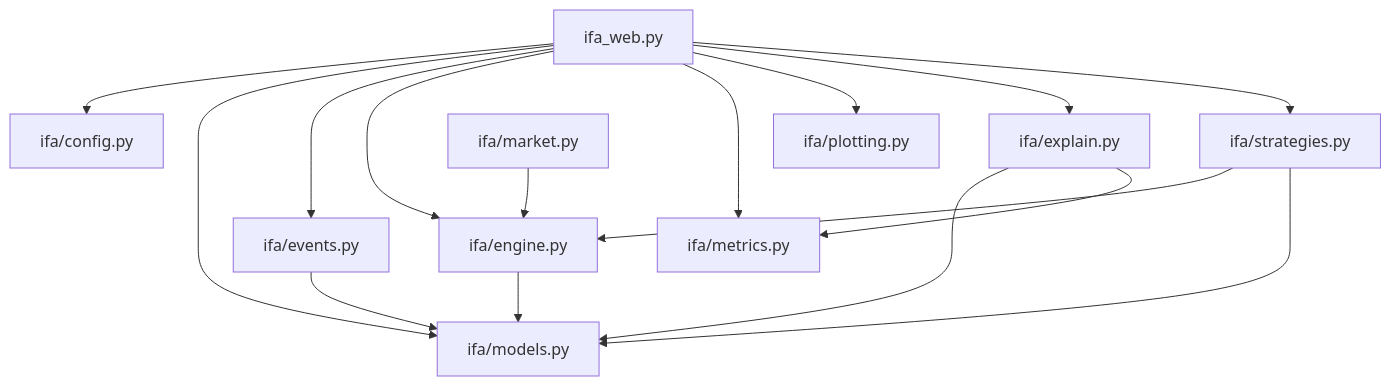
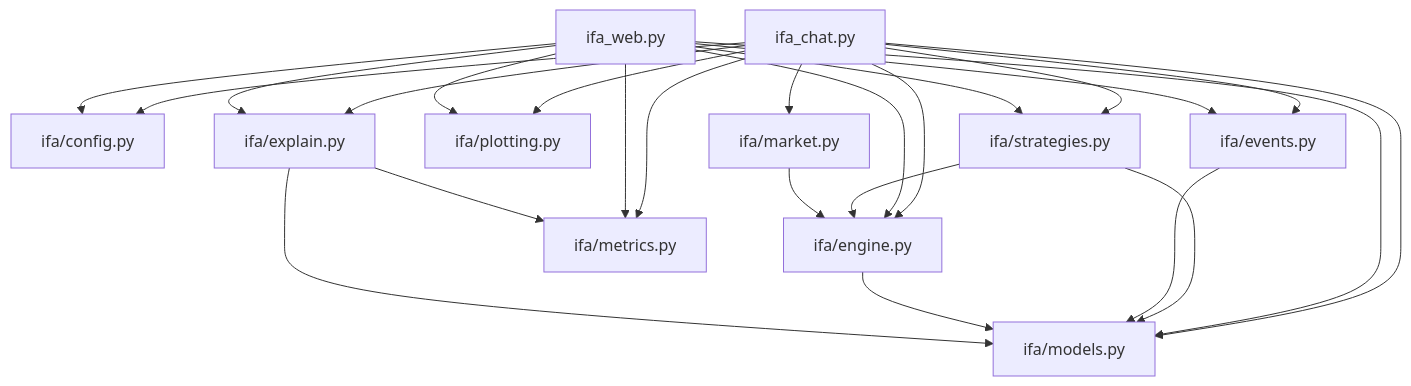
One commit to bumface11/ifa changed the second of 2 diagrams in ARCHITECTURE.md. Above: the diagram before and after it, drawn with Mermaid. The commit also changed other lines of this file and 3 other files, not shown here.

Commit message:
Add ifa_chat.py conversational chat interface and update docs

````diff
--- a/ARCHITECTURE.md
+++ b/ARCHITECTURE.md
@@ -80,21 +94,31 @@
 ```mermaid
 flowchart TB
-  IFWEB[ifa_web.py] --> CONFIG[ifa/config.py]
-  IFWEB --> MODELS[ifa/models.py]
-  IFWEB --> EVENTS[ifa/events.py]
-  IFWEB --> ENGINE[ifa/engine.py]
-  IFWEB --> METRICS[ifa/metrics.py]
-  IFWEB --> PLOTTING[ifa/plotting.py]
-  IFWEB --> EXPLAIN[ifa/explain.py]
-  IFWEB --> STRAT[ifa/strategies.py]
+  CHAT[ifa_chat.py] --> CONFIG[ifa/config.py]
+  CHAT --> MODELS[ifa/models.py]
+  CHAT --> EVENTS[ifa/events.py]
+  CHAT --> ENGINE[ifa/engine.py]
+  CHAT --> METRICS[ifa/metrics.py]
+  CHAT --> PLOTTING[ifa/plotting.py]
+  CHAT --> EXPLAIN[ifa/explain.py]
+  CHAT --> STRAT[ifa/strategies.py]
+  CHAT --> MARKET[ifa/market.py]
+
+  IFWEB[ifa_web.py] --> CONFIG
+  IFWEB --> MODELS
+  IFWEB --> EVENTS
+  IFWEB --> ENGINE
+  IFWEB --> METRICS
+  IFWEB --> PLOTTING
+  IFWEB --> EXPLAIN
+  IFWEB --> STRAT
 
   STRAT --> ENGINE
   STRAT --> MODELS
 
   EVENTS --> MODELS
   ENGINE --> MODELS
   EXPLAIN --> MODELS
   EXPLAIN --> METRICS
 
-  MARKET[ifa/market.py] --> ENGINE
+  MARKET --> ENGINE
 ```
````
